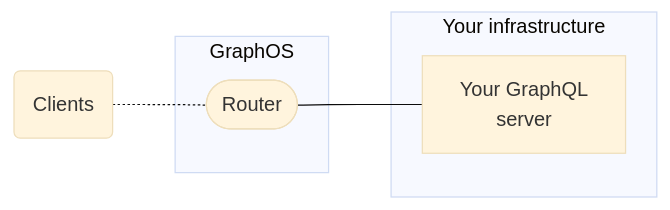
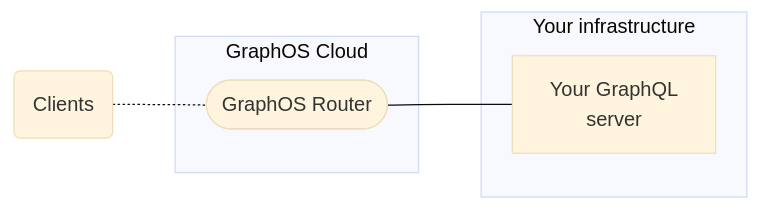
One commit to apollographql/docs changed the second of 5 diagrams in src/content/graphos/basics/graphs/index.mdx. Above: the diagram before and after it, drawn with Mermaid (base theme). The commit also changed other lines of this file and 62 other files, not shown here.

````diff
--- a/src/content/graphos/basics/graphs/index.mdx
+++ b/src/content/graphos/basics/graphs/index.mdx
@@ -109,13 +109,13 @@
 ```mermaid
 flowchart LR;
   clients(Clients);
-  subgraph "GraphOS";
-  router(["Router"]);
+  subgraph "GraphOS Cloud";
+  router(["GraphOS Router"]);
   end;
   subgraph "Your infrastructure";
   api["Your GraphQL<br/>server"];
   router --- api
   end;
   clients -.- router;
   class clients secondary;
 ```
````
